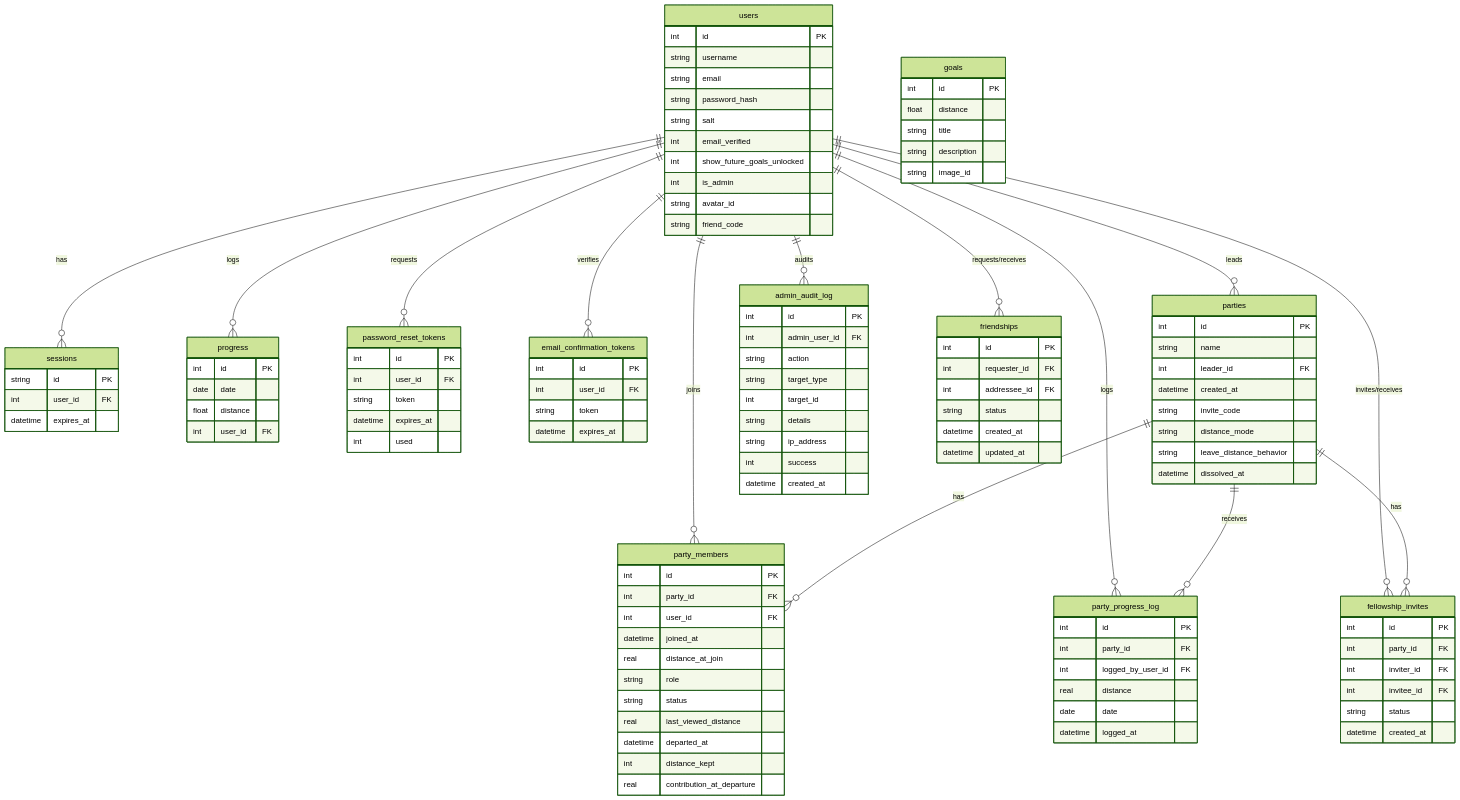
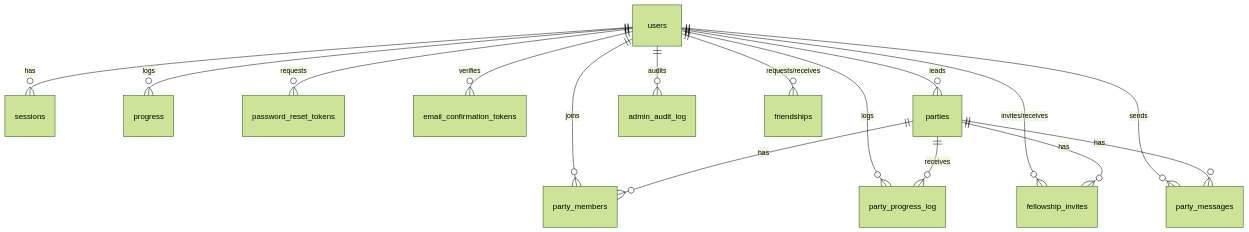
One commit to skittlz444/walk-to-mordor changed the diagram in docs/data-models.md. Above: the diagram before and after it, drawn with Mermaid (forest theme). The commit also changed other lines of this file and 27 other files, not shown here.

````diff
--- a/docs/data-models.md
+++ b/docs/data-models.md
@@ -187,120 +86,9 @@
     users ||--o{ admin_audit_log : "audits"
     users ||--o{ friendships : "requests/receives"
     users ||--o{ fellowship_invites : "invites/receives"
+    users ||--o{ party_messages : "sends"
     parties ||--o{ party_members : "has"
     parties ||--o{ party_progress_log : "receives"
     parties ||--o{ fellowship_invites : "has"
-
-    users {
-        int id PK
-        string username
-        string email
-        string password_hash
-        string salt
-        int email_verified
-        int show_future_goals_unlocked
-        int is_admin
-        string avatar_id
-        string friend_code
-    }
-    
-    sessions {
-        string id PK
-        int user_id FK
-        datetime expires_at
-    }
-    
-    progress {
-        int id PK
-        date date
-        float distance
-        int user_id FK
-    }
-    
-    goals {
-        int id PK
-        float distance
-        string title
-        string description
-        string image_id
-    }
-
-    password_reset_tokens {
-        int id PK
-        int user_id FK
-        string token
-        datetime expires_at
-        int used
-    }
-
-    email_confirmation_tokens {
-        int id PK
-        int user_id FK
-        string token
-        datetime expires_at
-    }
-
-    parties {
-        int id PK
-        string name
-        int leader_id FK
-        datetime created_at
-        string invite_code
-        string distance_mode
-        string leave_distance_behavior
-        datetime dissolved_at
-    }
-
-    party_members {
-        int id PK
-        int party_id FK
-        int user_id FK
-        datetime joined_at
-        real distance_at_join
-        string role
-        string status
-        real last_viewed_distance
-        datetime departed_at
-        int distance_kept
-        real contribution_at_departure
-    }
-
-    party_progress_log {
-        int id PK
-        int party_id FK
-        int logged_by_user_id FK
-        real distance
-        date date
-        datetime logged_at
-    }
-
-    admin_audit_log {
-        int id PK
-        int admin_user_id FK
-        string action
-        string target_type
-        int target_id
-        string details
-        string ip_address
-        int success
-        datetime created_at
-    }
-
-    friendships {
-        int id PK
-        int requester_id FK
-        int addressee_id FK
-        string status
-        datetime created_at
-        datetime updated_at
-    }
-
-    fellowship_invites {
-        int id PK
-        int party_id FK
-        int inviter_id FK
-        int invitee_id FK
-        string status
-        datetime created_at
-    }
+    parties ||--o{ party_messages : "has"
 ```
````
